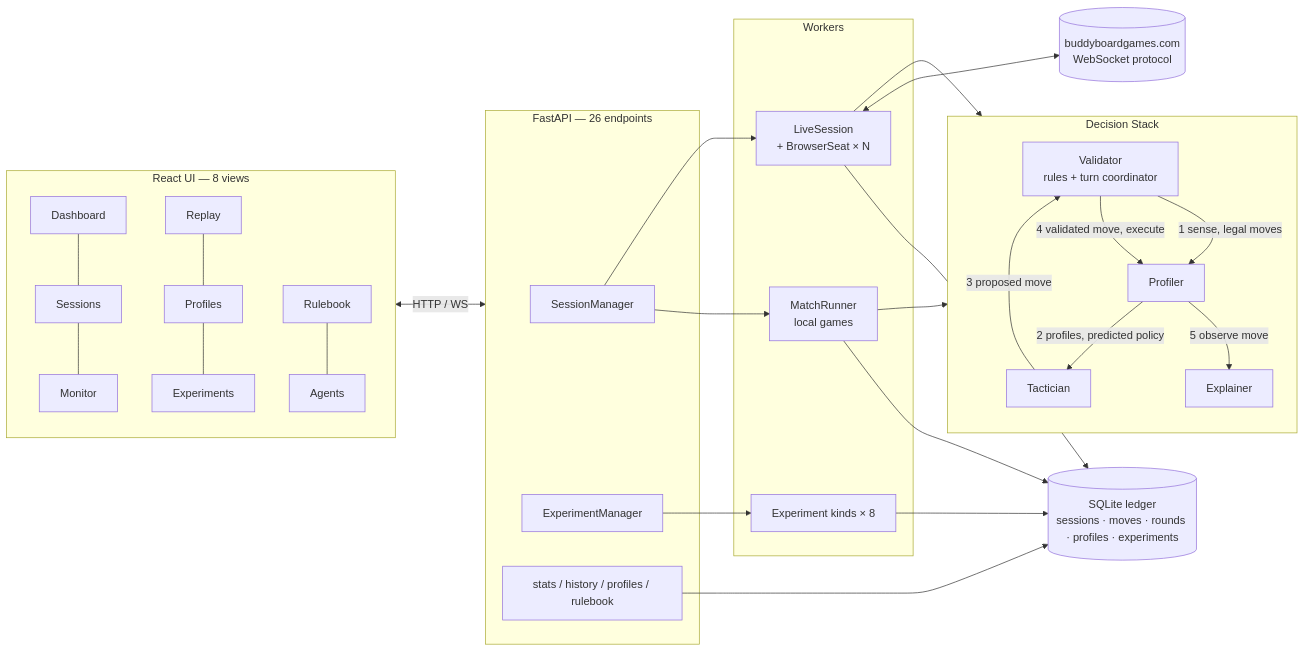
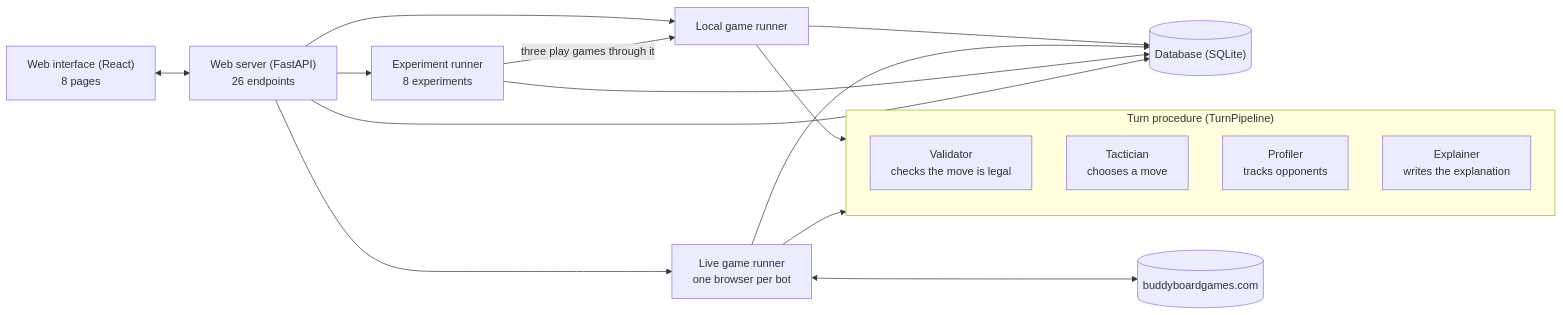
One commit to rongrongrr/AIS_PT07-Group1_MultiAgentBoardGameIntelligence changed the first of 3 diagrams in docs/FINAL_REPORT.md. Above: the diagram before and after it, drawn with Mermaid. The commit also changed other lines of this file, not shown here.

````diff
--- a/docs/FINAL_REPORT.md
+++ b/docs/FINAL_REPORT.md
@@ -96,38 +80,23 @@
 ```mermaid
 flowchart LR
-  subgraph UI["React UI — 8 views"]
-    D[Dashboard] --- S[Sessions] --- M[Monitor]
-    R[Replay] --- P[Profiles] --- E[Experiments]
-    RB[Rulebook] --- AG[Agents]
+  UI["Web interface (React)<br/>8 pages"]
+  API["Web server (FastAPI)<br/>26 endpoints"]
+  MR["Local game runner"]
+  LS["Live game runner<br/>one browser per bot"]
+  EX["Experiment runner<br/>8 experiments"]
+  subgraph Turn["Turn procedure (TurnPipeline)"]
+    V["Validator<br/>checks the move is legal"]
+    T["Tactician<br/>chooses a move"]
+    PR["Profiler<br/>tracks opponents"]
+    XP["Explainer<br/>writes the explanation"]
   end
-  subgraph API["FastAPI — 26 endpoints"]
-    SM[SessionManager]
-    EM[ExperimentManager]
-    ST[stats / history / profiles / rulebook]
-  end
-  subgraph Workers["Workers"]
-    MR[MatchRunner<br/>local games]
-    LS[LiveSession<br/>+ BrowserSeat × N]
-    EX[Experiment kinds × 8]
-  end
-  subgraph Stack["Decision Stack"]
-    V[Validator<br/>rules + turn coordinator]
-    PR[Profiler]
-    T[Tactician]
-    XP[Explainer]
-    V -- "1 sense, legal moves" --> PR
-    PR -- "2 profiles, predicted policy" --> T
-    T -- "3 proposed move" --> V
-    V -- "4 validated move, execute" --> PR
-    PR -- "5 observe move" --> XP
-  end
-  L[(SQLite ledger<br/>sessions · moves · rounds · profiles · experiments)]
-  W[(buddyboardgames.com<br/>WebSocket protocol)]
-  UI <-- HTTP / WS --> API
-  SM --> MR & LS
-  EM --> EX
-  MR & LS --> Stack
+  L[("Database (SQLite)")]
+  W[("buddyboardgames.com")]
+  UI <--> API
+  API --> MR & LS & EX
+  EX -->|three play games through it| MR
+  MR & LS --> Turn
   MR & LS & EX --> L
   LS <--> W
-  ST --> L
+  API --> L
 ```
````
